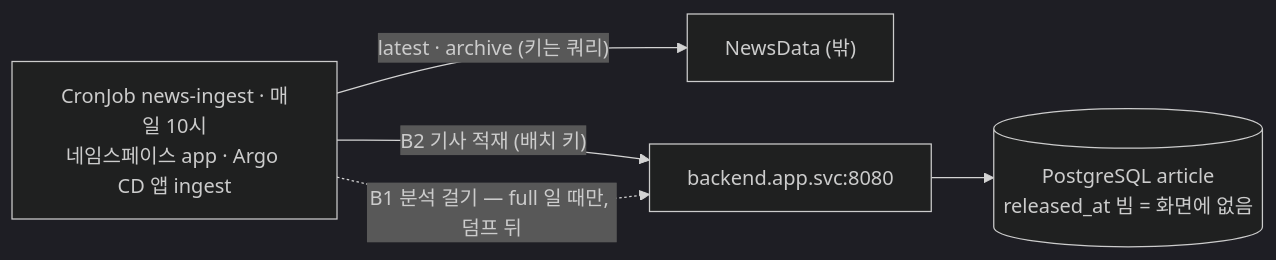
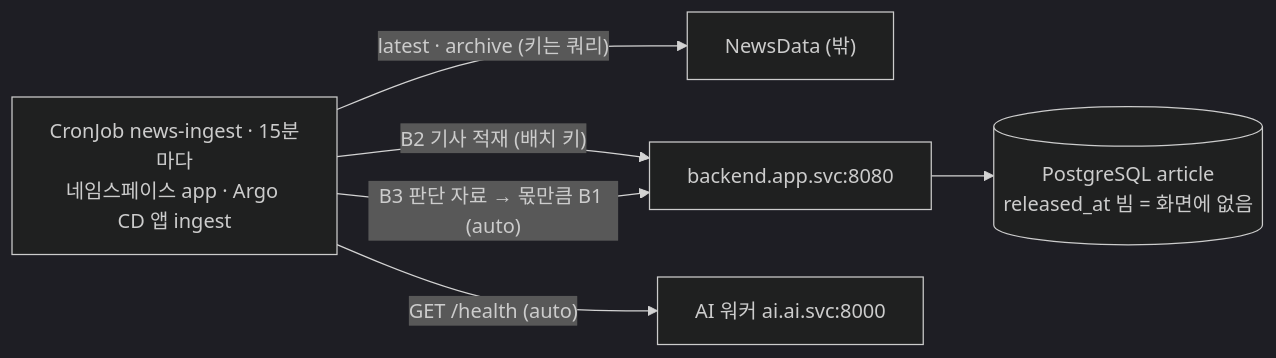
The diagram in infra/server/ingest.md (a102-NEWLEARN/NEW-LEARN), drawn with Mermaid (dark theme) before and after one commit. The commit also changed other lines of this file and 16 other files, not shown here.

````diff
--- a/infra/server/ingest.md
+++ b/infra/server/ingest.md
@@ -7,7 +7,8 @@
 ```mermaid
 flowchart LR
-    C["CronJob news-ingest · 매일 10시<br/>네임스페이스 app · Argo CD 앱 ingest"] -->|"latest · archive (키는 쿼리)"| N["NewsData (밖)"]
+    C["CronJob news-ingest · 15분마다<br/>네임스페이스 app · Argo CD 앱 ingest"] -->|"latest · archive (키는 쿼리)"| N["NewsData (밖)"]
     C -->|"B2 기사 적재 (배치 키)"| B["backend.app.svc:8080"]
-    C -.->|"B1 분석 걸기 — full 일 때만, 덤프 뒤"| B
+    C -->|"B3 판단 자료 → 몫만큼 B1 (auto)"| B
+    C -->|"GET /health (auto)"| A["AI 워커 ai.ai.svc:8000"]
     B --> D[("PostgreSQL article<br/>released_at 빔 = 화면에 없음")]
 ```
````
